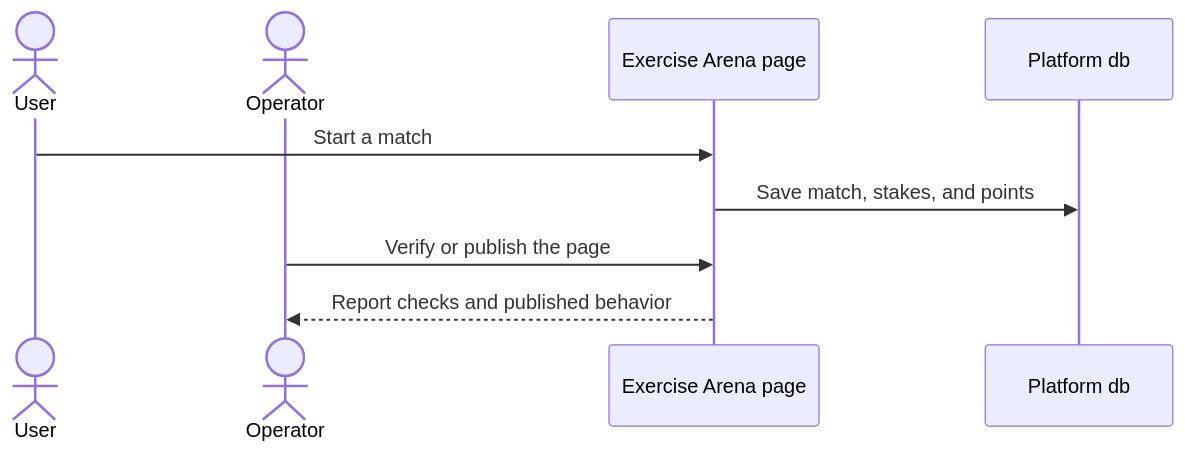
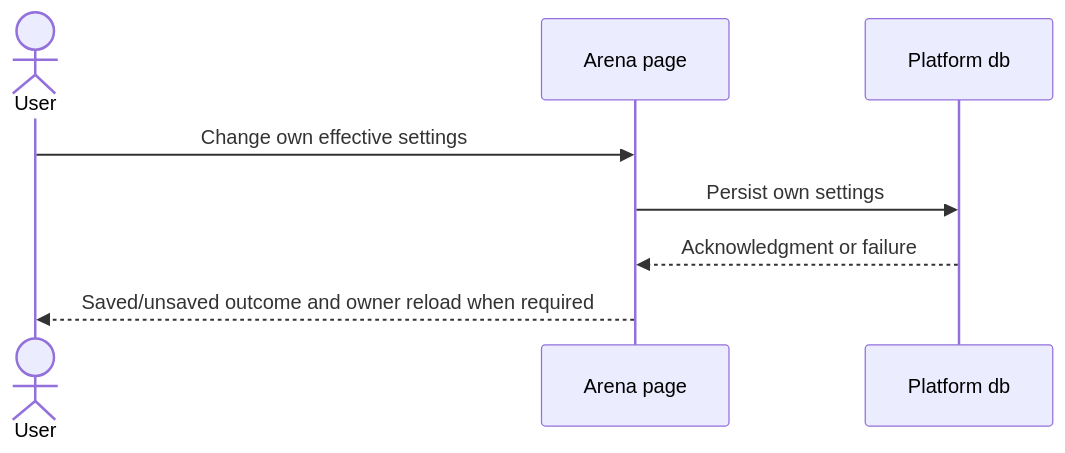
Before and after one commit to lengthlong/exercise_arena: diagram 11 of 12 in model/arch/SCENARIO.md, drawn with Mermaid. The commit also changed other lines of this file and 27 other files, not shown here.

````diff
--- a/model/arch/SCENARIO.md
+++ b/model/arch/SCENARIO.md
@@ -46,11 +250,10 @@
 ```mermaid
 sequenceDiagram
     actor U as User
-    actor O as Operator
-    participant P as Exercise Arena page
+    participant P as Arena page
     participant D as Platform db
-    U->>P: Start a match
-    P->>D: Save match, stakes, and points
-    O->>P: Verify or publish the page
-    P-->>O: Report checks and published behavior
+    U->>P: Change own effective settings
+    P->>D: Persist own settings
+    D-->>P: Acknowledgment or failure
+    P-->>U: Saved/unsaved outcome and owner reload when required
 ```
````
